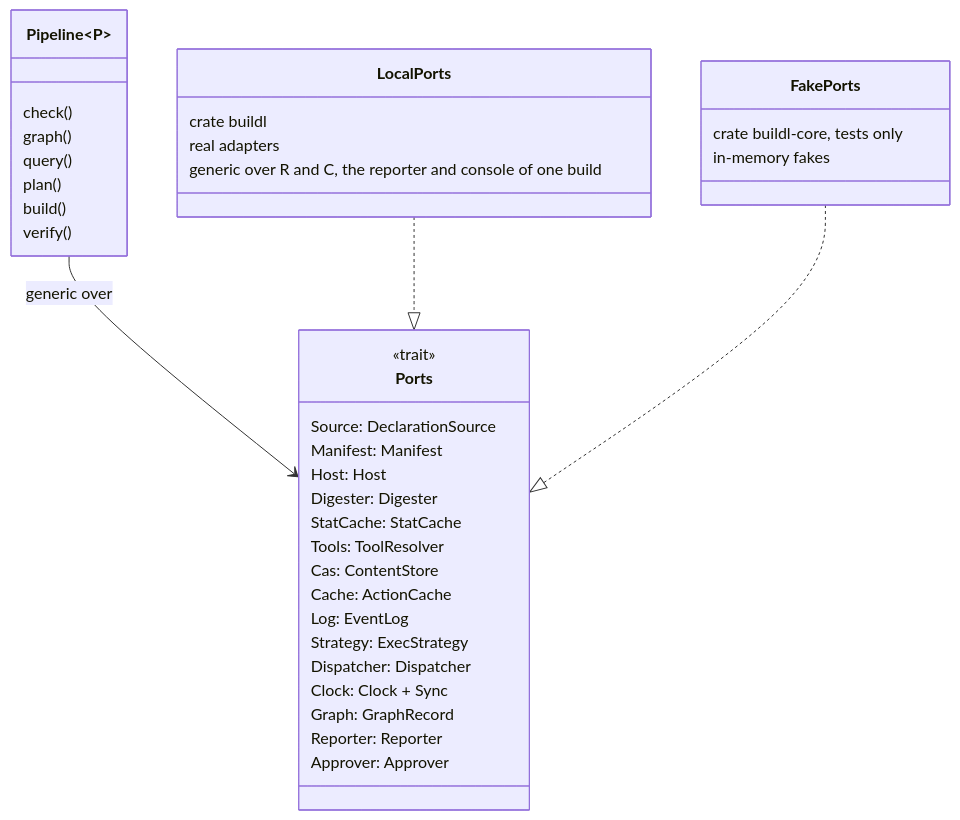
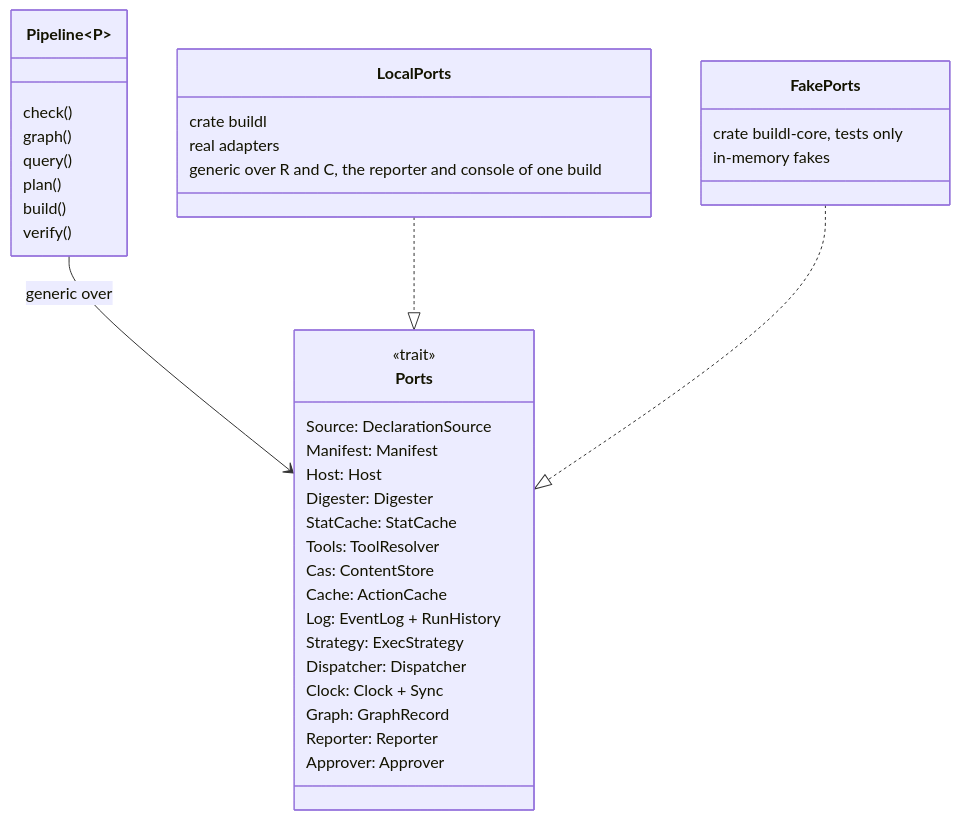
Before and after one commit to airsstack/buildl: the fifth of 7 diagrams in docs/architecture-building-blocks.md, drawn with Mermaid. The commit also changed other lines of this file and 168 other files, not shown here.

````diff
--- a/docs/architecture-building-blocks.md
+++ b/docs/architecture-building-blocks.md
@@ -388,42 +399,42 @@
 ```mermaid
 %% C4 level 4 — the Ports bundle and its two implementations
 classDiagram
     class Pipeline~P~ {
         check()
         graph()
         query()
         plan()
         build()
         verify()
     }
     class Ports {
         <<trait>>
         Source: DeclarationSource
         Manifest: Manifest
         Host: Host
         Digester: Digester
         StatCache: StatCache
         Tools: ToolResolver
         Cas: ContentStore
         Cache: ActionCache
-        Log: EventLog
+        Log: EventLog + RunHistory
         Strategy: ExecStrategy
         Dispatcher: Dispatcher
         Clock: Clock + Sync
         Graph: GraphRecord
         Reporter: Reporter
         Approver: Approver
     }
     class LocalPorts {
         crate buildl
         real adapters
         generic over R and C, the reporter and console of one build
     }
     class FakePorts {
         crate buildl-core, tests only
         in-memory fakes
     }
     Pipeline --> Ports : generic over
     LocalPorts ..|> Ports
     FakePorts ..|> Ports
 ```
````
